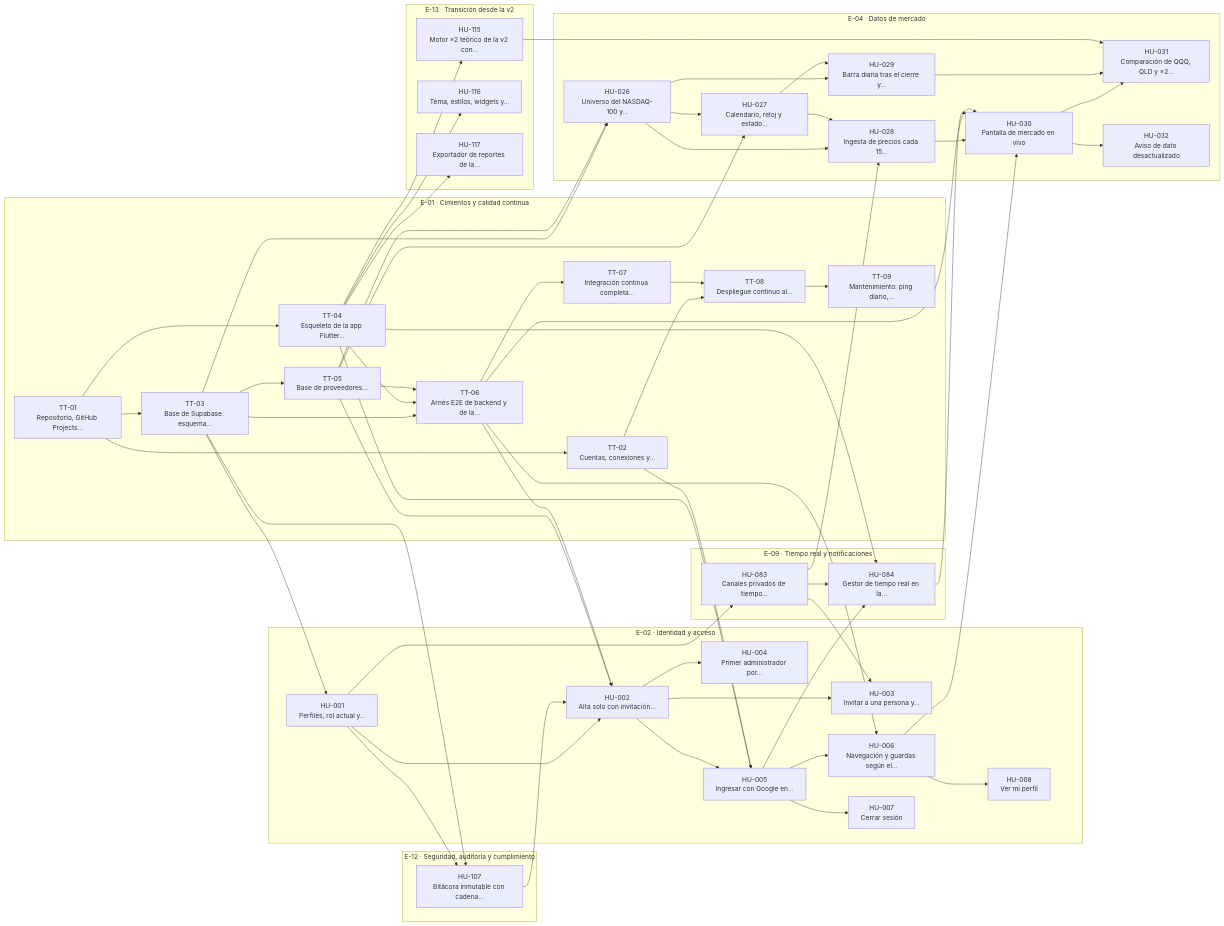
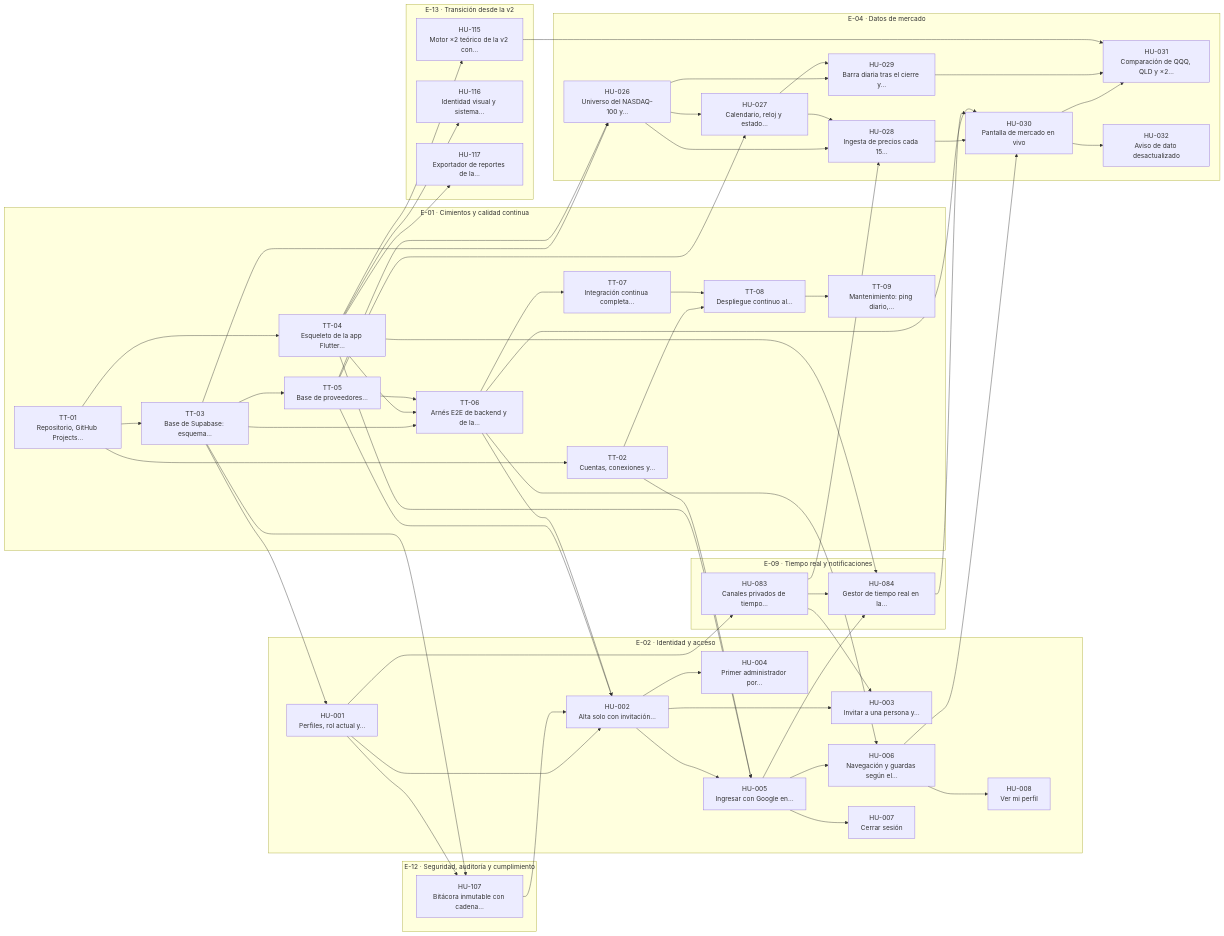
The first of 6 diagrams in backlog/README.md (riverbonilla1504/NASTOCK), drawn with Mermaid before and after one commit. The commit also changed other lines of this file and 73 other files, not shown here.

First line of the commit message:
HU-116 · Identidad visual y sistema de diseño (#156)

```diff
--- a/backlog/README.md
+++ b/backlog/README.md
@@ -212,7 +213,7 @@
   end
   subgraph E13["E-13 · Transición desde la v2"]
     HU115["HU-115<br/>Motor ×2 teórico de la v2 con…"]
-    HU116["HU-116<br/>Tema, estilos, widgets y…"]
+    HU116["HU-116<br/>Identidad visual y sistema…"]
     HU117["HU-117<br/>Exportador de reportes de la…"]
   end
   TT01 --> TT02
```
